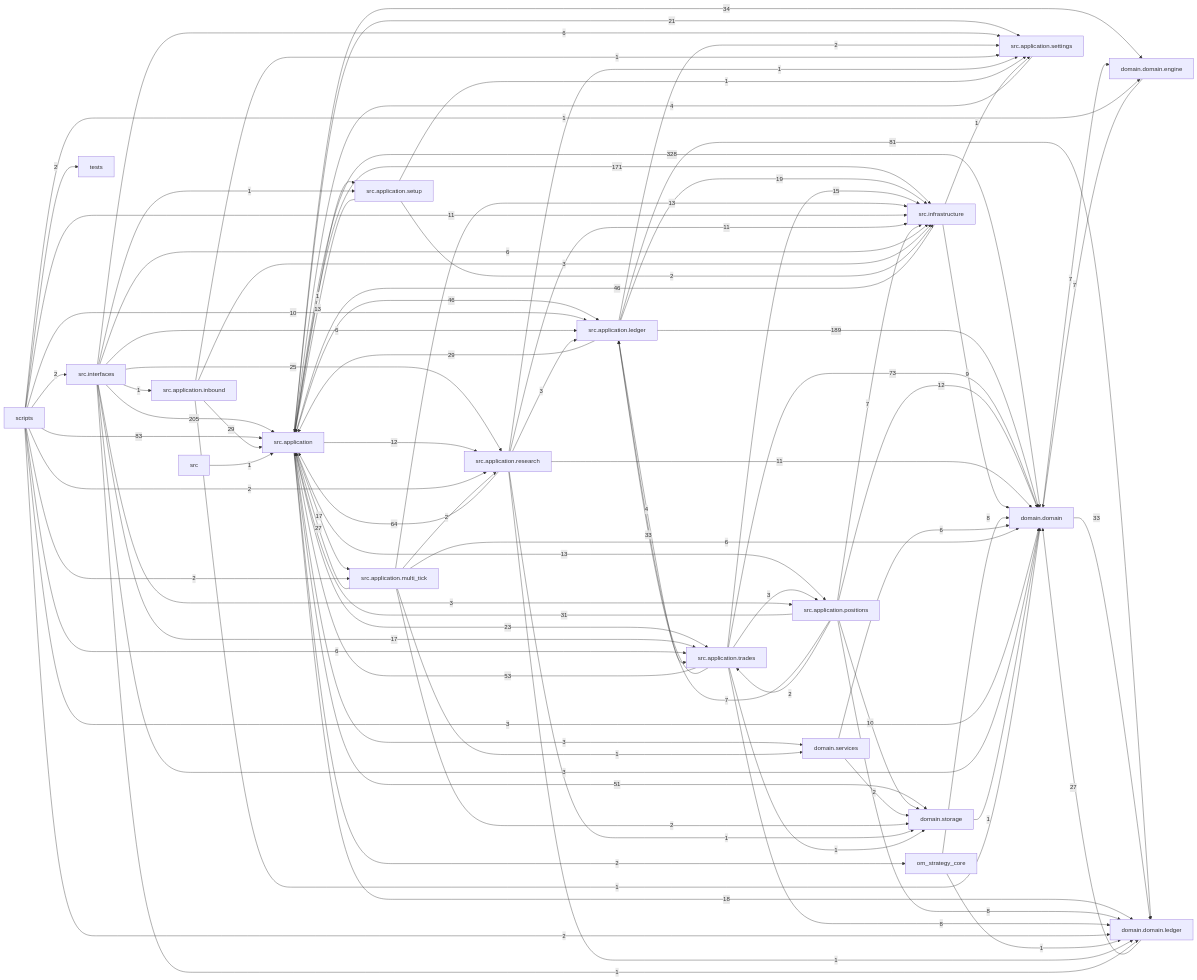
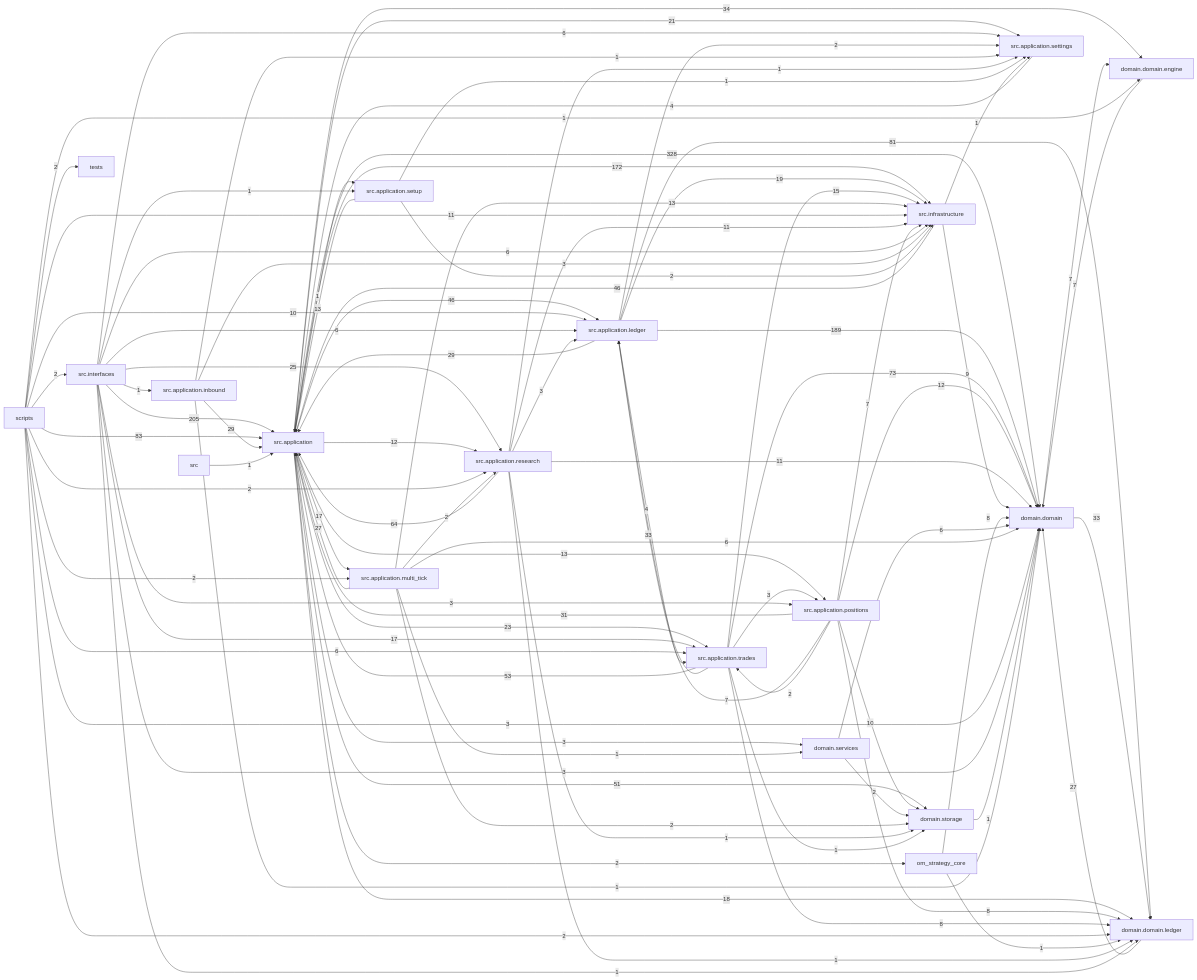
The diagram in docs/dependency_graph.mmd (liuxie066/options-monitor), drawn with Mermaid before and after one commit. The commit also changed 32 other files, not shown here.

```diff
--- a/docs/dependency_graph.mmd
+++ b/docs/dependency_graph.mmd
@@ -1,91 +1,91 @@
 flowchart LR
   src_application["src.application"] -->|328| domain_domain["domain.domain"]
   src_interfaces["src.interfaces"] -->|205| src_application["src.application"]
   src_application_ledger["src.application.ledger"] -->|189| domain_domain["domain.domain"]
-  src_application["src.application"] -->|171| src_infrastructure["src.infrastructure"]
+  src_application["src.application"] -->|172| src_infrastructure["src.infrastructure"]
   scripts["scripts"] -->|83| src_application["src.application"]
   src_application_ledger["src.application.ledger"] -->|81| domain_domain_ledger["domain.domain.ledger"]
   src_application_trades["src.application.trades"] -->|73| domain_domain["domain.domain"]
   src_application_research["src.application.research"] -->|64| src_application["src.application"]
   src_application_trades["src.application.trades"] -->|53| src_application["src.application"]
   src_application["src.application"] -->|51| domain_storage["domain.storage"]
   src_application["src.application"] -->|46| src_application_ledger["src.application.ledger"]
   src_infrastructure["src.infrastructure"] -->|46| src_application["src.application"]
   src_application["src.application"] -->|34| domain_domain_engine["domain.domain.engine"]
   domain_domain["domain.domain"] -->|33| domain_domain_ledger["domain.domain.ledger"]
   src_application_trades["src.application.trades"] -->|33| src_application_ledger["src.application.ledger"]
   src_application_positions["src.application.positions"] -->|31| src_application["src.application"]
   src_application_inbound["src.application.inbound"] -->|29| src_application["src.application"]
   src_application_ledger["src.application.ledger"] -->|29| src_application["src.application"]
   domain_domain_ledger["domain.domain.ledger"] -->|27| domain_domain["domain.domain"]
   src_application_multi_tick["src.application.multi_tick"] -->|27| src_application["src.application"]
   src_interfaces["src.interfaces"] -->|25| src_application_research["src.application.research"]
   src_application["src.application"] -->|23| src_application_trades["src.application.trades"]
   src_application["src.application"] -->|21| src_application_settings["src.application.settings"]
   src_application_ledger["src.application.ledger"] -->|19| src_infrastructure["src.infrastructure"]
   src_application["src.application"] -->|18| domain_domain_ledger["domain.domain.ledger"]
   src_application["src.application"] -->|17| src_application_multi_tick["src.application.multi_tick"]
   src_interfaces["src.interfaces"] -->|17| src_application_trades["src.application.trades"]
   src_application_trades["src.application.trades"] -->|15| src_infrastructure["src.infrastructure"]
   src_application["src.application"] -->|13| src_application_positions["src.application.positions"]
   src_application_multi_tick["src.application.multi_tick"] -->|13| src_infrastructure["src.infrastructure"]
   src_application_setup["src.application.setup"] -->|13| src_application["src.application"]
   src_application["src.application"] -->|12| src_application_research["src.application.research"]
   src_application_positions["src.application.positions"] -->|12| domain_domain["domain.domain"]
   scripts["scripts"] -->|11| src_infrastructure["src.infrastructure"]
   src_application_research["src.application.research"] -->|11| domain_domain["domain.domain"]
   src_application_research["src.application.research"] -->|11| src_infrastructure["src.infrastructure"]
   scripts["scripts"] -->|10| src_application_ledger["src.application.ledger"]
   src_application_positions["src.application.positions"] -->|10| domain_storage["domain.storage"]
   src_infrastructure["src.infrastructure"] -->|9| domain_domain["domain.domain"]
   om_strategy_core["om_strategy_core"] -->|8| domain_domain["domain.domain"]
   src_application_positions["src.application.positions"] -->|8| domain_domain_ledger["domain.domain.ledger"]
   src_application_trades["src.application.trades"] -->|8| domain_domain_ledger["domain.domain.ledger"]
   domain_domain["domain.domain"] -->|7| domain_domain_engine["domain.domain.engine"]
   domain_domain_engine["domain.domain.engine"] -->|7| domain_domain["domain.domain"]
   src_application_positions["src.application.positions"] -->|7| src_application_ledger["src.application.ledger"]
   src_application_positions["src.application.positions"] -->|7| src_infrastructure["src.infrastructure"]
   domain_services["domain.services"] -->|6| domain_domain["domain.domain"]
   scripts["scripts"] -->|6| src_application_trades["src.application.trades"]
   src_application_multi_tick["src.application.multi_tick"] -->|6| domain_domain["domain.domain"]
   src_interfaces["src.interfaces"] -->|6| src_application_ledger["src.application.ledger"]
   src_interfaces["src.interfaces"] -->|6| src_application_settings["src.application.settings"]
   src_interfaces["src.interfaces"] -->|6| src_infrastructure["src.infrastructure"]
   src_application_ledger["src.application.ledger"] -->|4| src_application_trades["src.application.trades"]
   src_application_settings["src.application.settings"] -->|4| src_application["src.application"]
   scripts["scripts"] -->|3| domain_domain["domain.domain"]
   src_application["src.application"] -->|3| domain_services["domain.services"]
   src_application_inbound["src.application.inbound"] -->|3| src_infrastructure["src.infrastructure"]
   src_application_research["src.application.research"] -->|3| src_application_ledger["src.application.ledger"]
   src_application_trades["src.application.trades"] -->|3| src_application_positions["src.application.positions"]
   src_interfaces["src.interfaces"] -->|3| domain_domain["domain.domain"]
   src_interfaces["src.interfaces"] -->|3| src_application_positions["src.application.positions"]
   domain_services["domain.services"] -->|2| domain_storage["domain.storage"]
   scripts["scripts"] -->|2| domain_domain_ledger["domain.domain.ledger"]
   scripts["scripts"] -->|2| src_application_multi_tick["src.application.multi_tick"]
   scripts["scripts"] -->|2| src_application_research["src.application.research"]
   scripts["scripts"] -->|2| src_interfaces["src.interfaces"]
   scripts["scripts"] -->|2| tests["tests"]
   src_application["src.application"] -->|2| om_strategy_core["om_strategy_core"]
   src_application_ledger["src.application.ledger"] -->|2| src_application_settings["src.application.settings"]
   src_application_multi_tick["src.application.multi_tick"] -->|2| domain_storage["domain.storage"]
   src_application_multi_tick["src.application.multi_tick"] -->|2| src_application_research["src.application.research"]
   src_application_positions["src.application.positions"] -->|2| src_application_trades["src.application.trades"]
   src_application_setup["src.application.setup"] -->|2| src_infrastructure["src.infrastructure"]
   domain_storage["domain.storage"] -->|1| domain_domain["domain.domain"]
   om_strategy_core["om_strategy_core"] -->|1| domain_domain_ledger["domain.domain.ledger"]
   scripts["scripts"] -->|1| domain_domain_engine["domain.domain.engine"]
   src["src"] -->|1| src_application["src.application"]
   src_application["src.application"] -->|1| src_application_setup["src.application.setup"]
   src_application_inbound["src.application.inbound"] -->|1| domain_domain["domain.domain"]
   src_application_inbound["src.application.inbound"] -->|1| src_application_settings["src.application.settings"]
   src_application_multi_tick["src.application.multi_tick"] -->|1| domain_services["domain.services"]
   src_application_research["src.application.research"] -->|1| domain_domain_ledger["domain.domain.ledger"]
   src_application_research["src.application.research"] -->|1| domain_storage["domain.storage"]
   src_application_research["src.application.research"] -->|1| src_application_settings["src.application.settings"]
   src_application_setup["src.application.setup"] -->|1| src_application_settings["src.application.settings"]
   src_application_trades["src.application.trades"] -->|1| domain_storage["domain.storage"]
   src_infrastructure["src.infrastructure"] -->|1| src_application_settings["src.application.settings"]
   src_interfaces["src.interfaces"] -->|1| domain_domain_ledger["domain.domain.ledger"]
   src_interfaces["src.interfaces"] -->|1| src_application_inbound["src.application.inbound"]
   src_interfaces["src.interfaces"] -->|1| src_application_setup["src.application.setup"]
```
